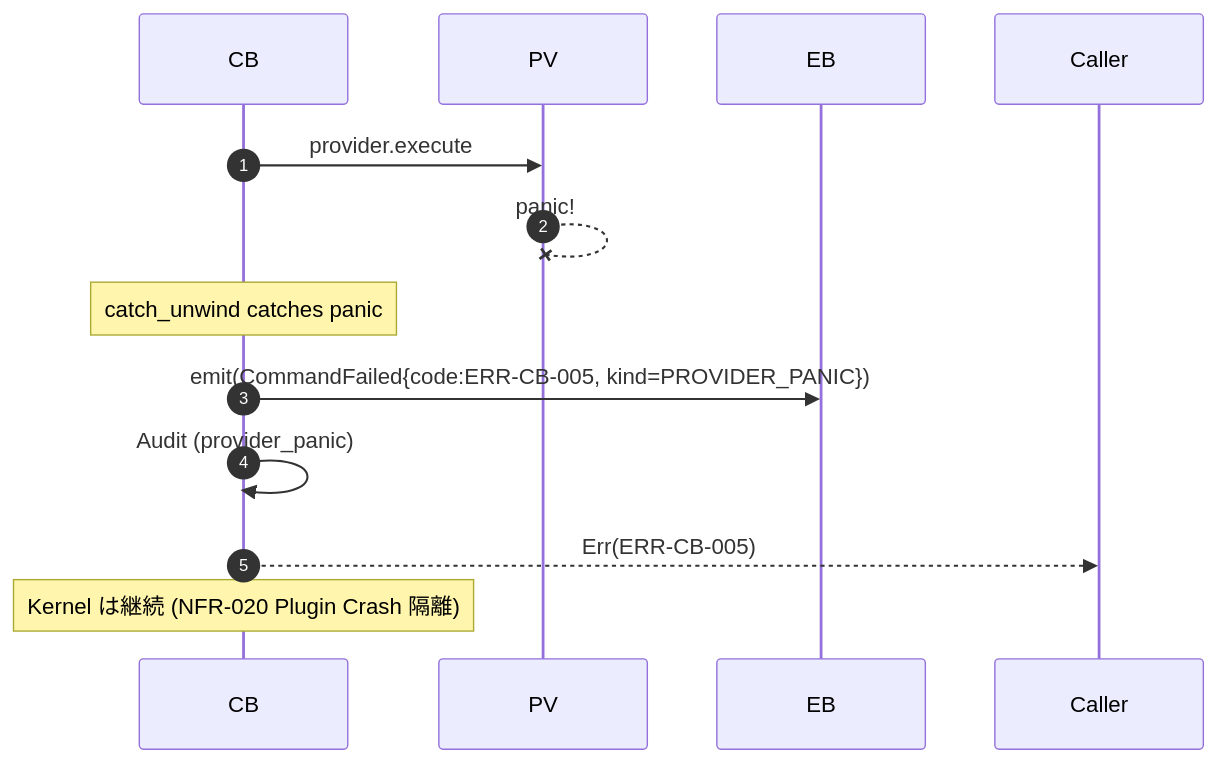
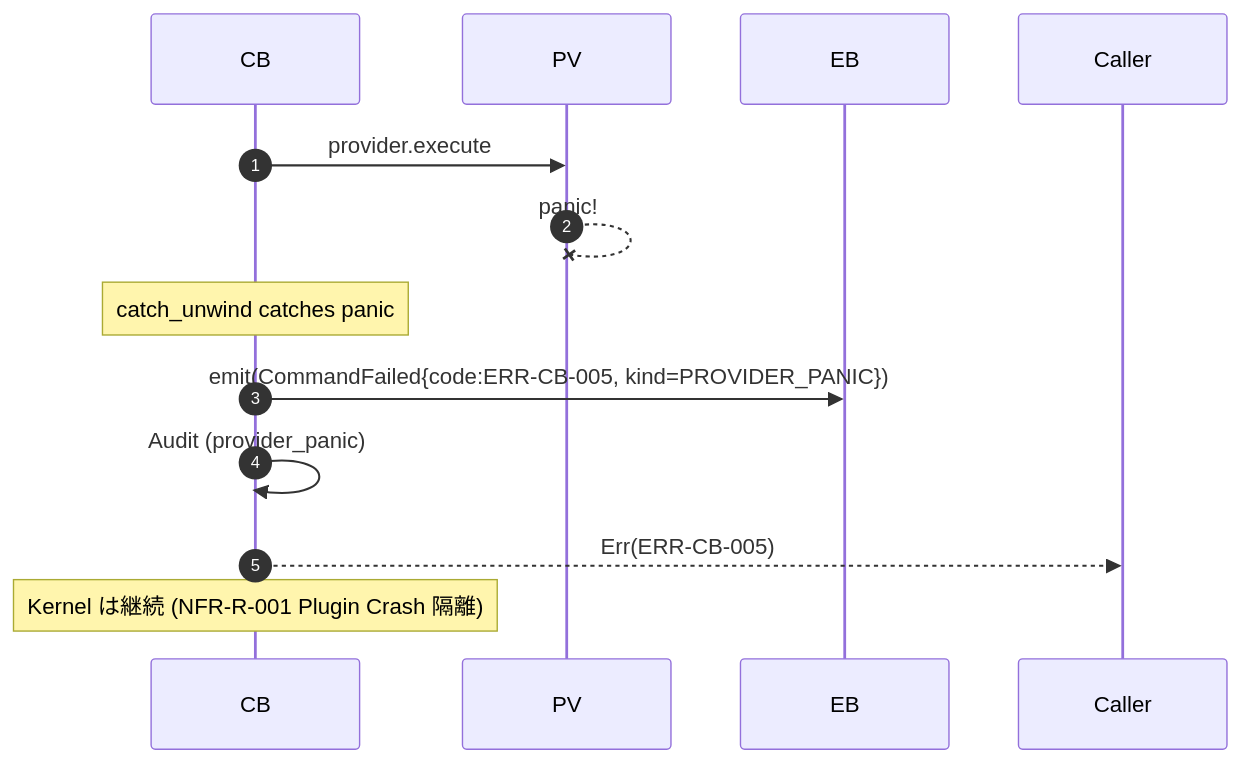
Before and after one commit to UlyssesLeoLee/IDE1.0: the eighth of 12 diagrams in DD-01_Microkernel_Core詳細設計書.md, drawn with Mermaid. The commit also changed other lines of this file, not shown here.

Commit message:
docs(ulys-38): DD-01 NFR ID 体系修正（v2）

````diff
--- a/DD-01_Microkernel_Core詳細設計書.md
+++ b/DD-01_Microkernel_Core詳細設計書.md
@@ -1111,15 +1111,15 @@
 ```mermaid
 sequenceDiagram
     autonumber
     participant CB
     participant PV
     participant EB
 
     CB->>PV: provider.execute
     PV--xPV: panic!
     Note over CB: catch_unwind catches panic
     CB->>EB: emit(CommandFailed{code:ERR-CB-005, kind=PROVIDER_PANIC})
     CB->>CB: Audit (provider_panic)
     CB-->>Caller: Err(ERR-CB-005)
-    Note over CB: Kernel は継続 (NFR-020 Plugin Crash 隔離)
+    Note over CB: Kernel は継続 (NFR-R-001 Plugin Crash 隔離)
 ```
````
